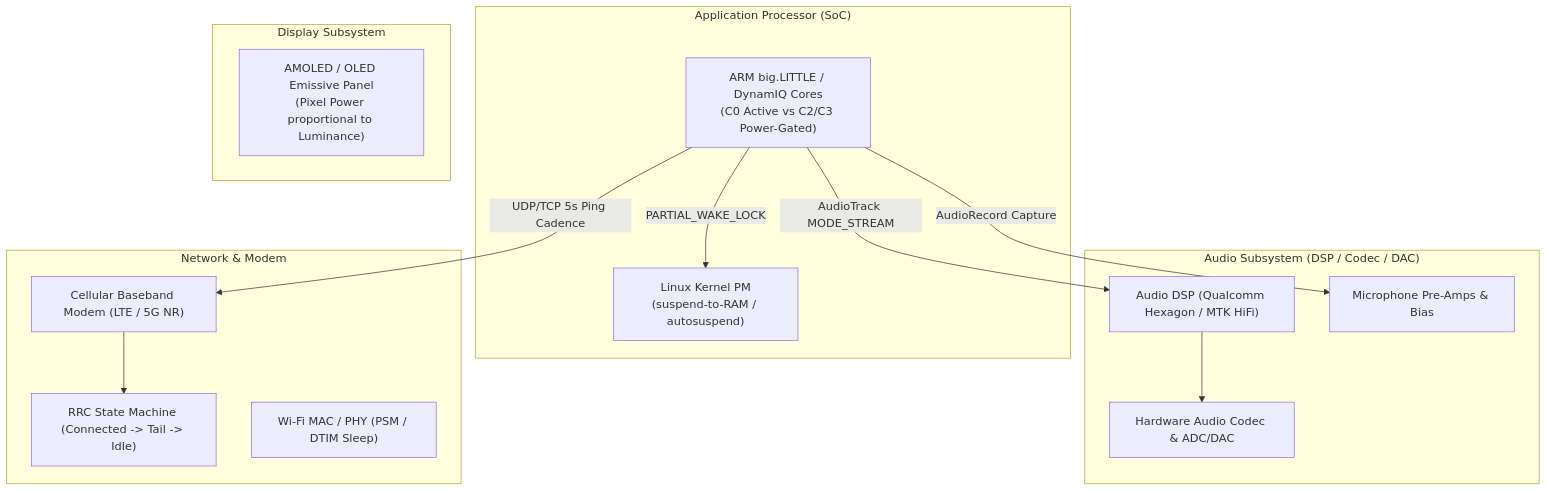
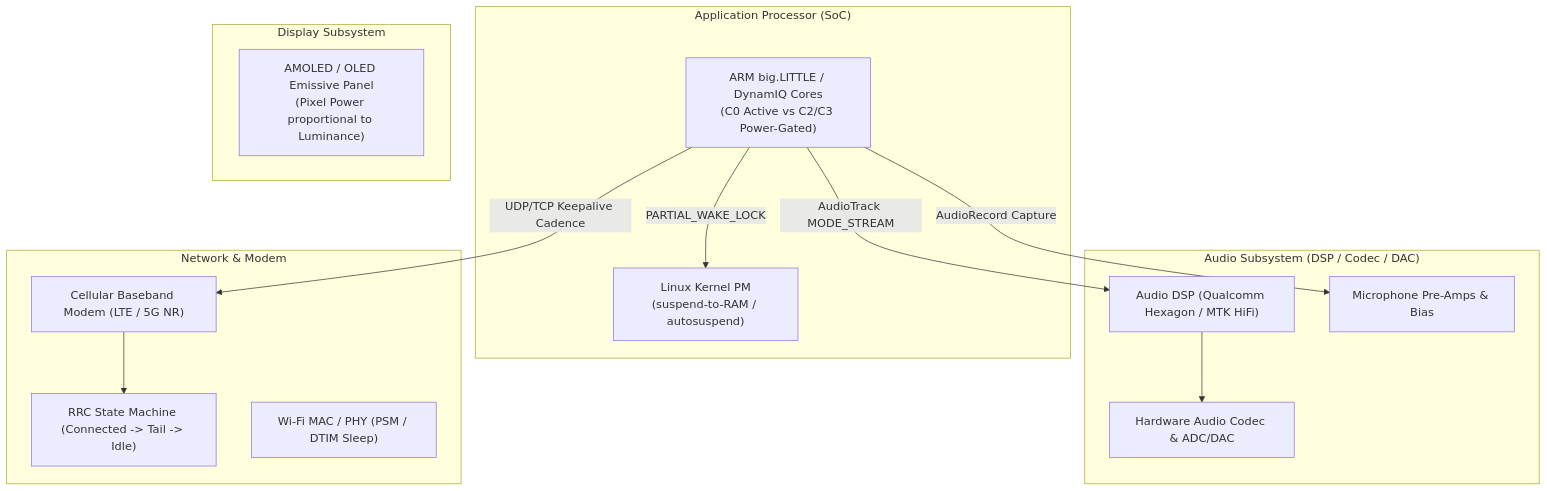
The first of 3 diagrams in docs/power-draw-optimizations/README.md (360ied/mumla-oled), drawn with Mermaid before and after one commit. The commit also changed other lines of this file, not shown here.

````diff
--- a/docs/power-draw-optimizations/README.md
+++ b/docs/power-draw-optimizations/README.md
@@ -48,30 +47,30 @@
 ```mermaid
 flowchart TD
     subgraph SoC ["Application Processor (SoC)"]
         CPU["ARM big.LITTLE / DynamIQ Cores<br>(C0 Active vs C2/C3 Power-Gated)"]
         LinuxPM["Linux Kernel PM<br>(suspend-to-RAM / autosuspend)"]
     end
 
     subgraph AudioSubsystem ["Audio Subsystem (DSP / Codec / DAC)"]
         DSP["Audio DSP (Qualcomm Hexagon / MTK HiFi)"]
         Codec["Hardware Audio Codec & ADC/DAC"]
         Mic["Microphone Pre-Amps & Bias"]
     end
 
     subgraph RadioSubsystem ["Network & Modem"]
         Baseband["Cellular Baseband Modem (LTE / 5G NR)"]
         RRC["RRC State Machine (Connected -> Tail -> Idle)"]
         WiFi["Wi-Fi MAC / PHY (PSM / DTIM Sleep)"]
     end
 
     subgraph DisplaySubsystem ["Display Subsystem"]
         OLED["AMOLED / OLED Emissive Panel<br>(Pixel Power proportional to Luminance)"]
     end
 
     CPU -->|PARTIAL_WAKE_LOCK| LinuxPM
     CPU -->|AudioTrack MODE_STREAM| DSP
     CPU -->|AudioRecord Capture| Mic
-    CPU -->|UDP/TCP 5s Ping Cadence| Baseband
+    CPU -->|UDP/TCP Keepalive Cadence| Baseband
     DSP --> Codec
     Baseband --> RRC
 ```
````
